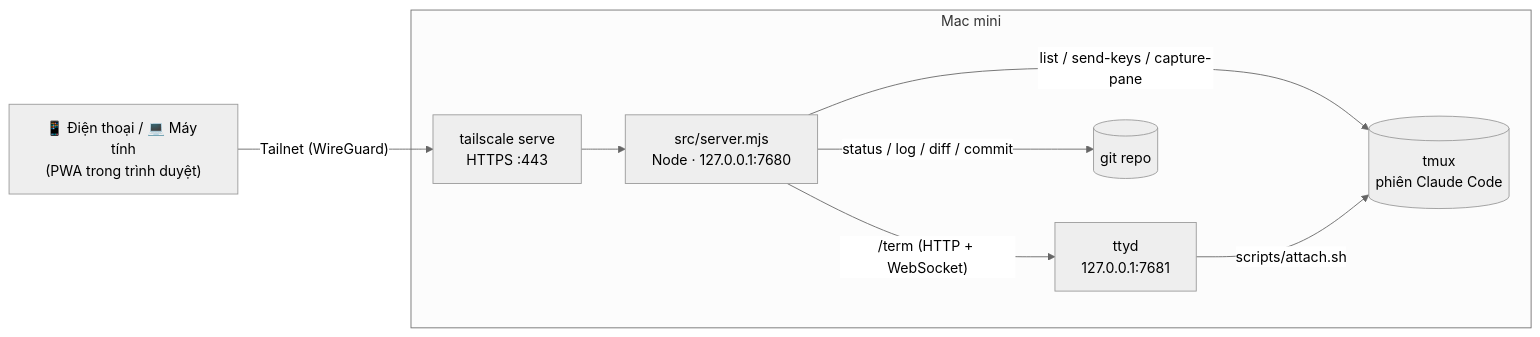
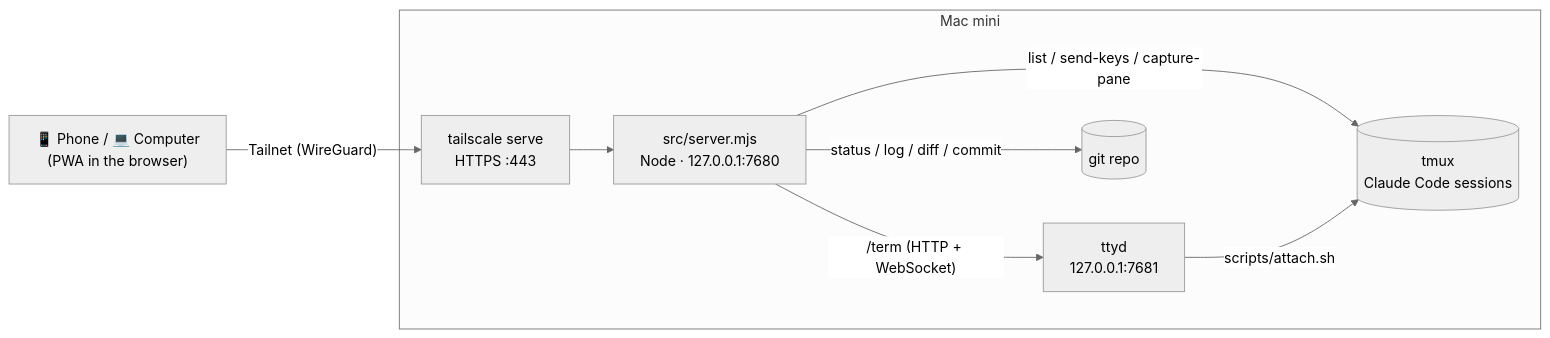
Before and after one commit to hoangtu0812/termi: the diagram in README.md, drawn with Mermaid (neutral theme). The commit also changed other lines of this file and 11 other files, not shown here.

````diff
--- a/README.md
+++ b/README.md
@@ -73,17 +75,17 @@
 ```mermaid
 flowchart LR
-    phone["📱 Điện thoại / 💻 Máy tính<br/>(PWA trong trình duyệt)"]
+    phone["📱 Phone / 💻 Computer<br/>(PWA in the browser)"]
     subgraph mac["Mac mini"]
         ts["tailscale serve<br/>HTTPS :443"]
         server["src/server.mjs<br/>Node · 127.0.0.1:7680"]
         ttyd["ttyd<br/>127.0.0.1:7681"]
-        tmux[("tmux<br/>phiên Claude Code")]
+        tmux[("tmux<br/>Claude Code sessions")]
         git[("git repo")]
     end
     phone -- "Tailnet (WireGuard)" --> ts
     ts --> server
     server -- "/term (HTTP + WebSocket)" --> ttyd
     server -- "list / send-keys / capture-pane" --> tmux
     ttyd -- "scripts/attach.sh" --> tmux
     server -- "status / log / diff / commit" --> git
 ```
````
